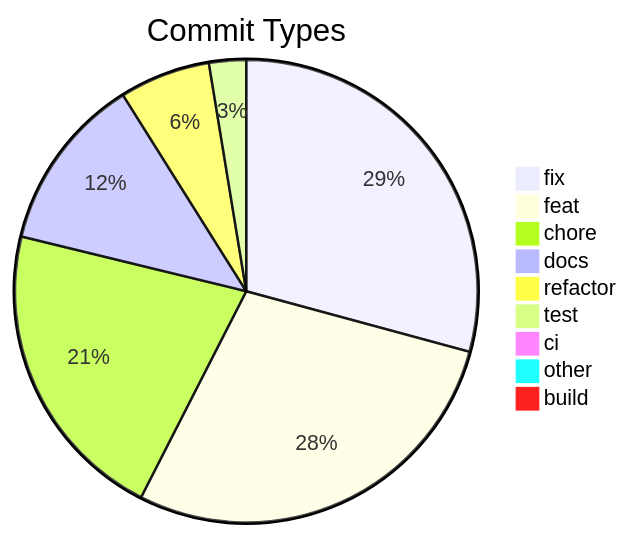
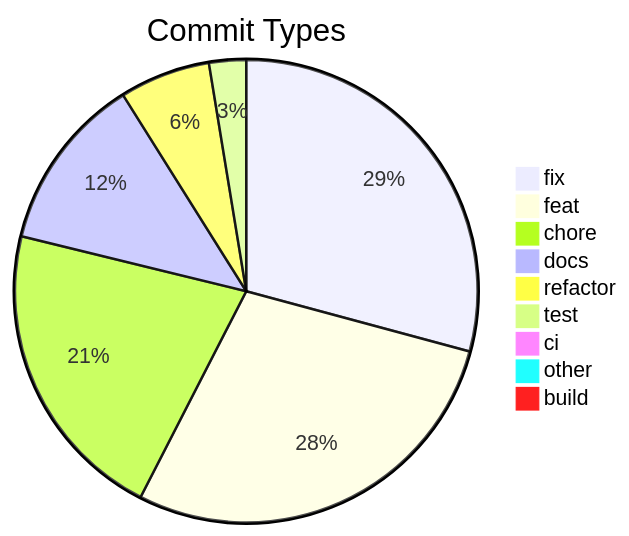
One commit to svenroth-ai/shipwright changed the diagram in .shipwright/compliance/change-history.md. Above: the diagram before and after it, drawn with Mermaid. The commit also changed other lines of this file and 29 other files, not shown here.

````diff
--- a/.shipwright/compliance/change-history.md
+++ b/.shipwright/compliance/change-history.md
@@ -9,12 +9,12 @@
 ```mermaid
 pie title Commit Types
     "fix" : 350
-    "feat" : 339
+    "feat" : 340
     "chore" : 255
     "docs" : 147
     "refactor" : 76
     "test" : 31
     "ci" : 11
     "other" : 9
     "build" : 1
 ```
````
